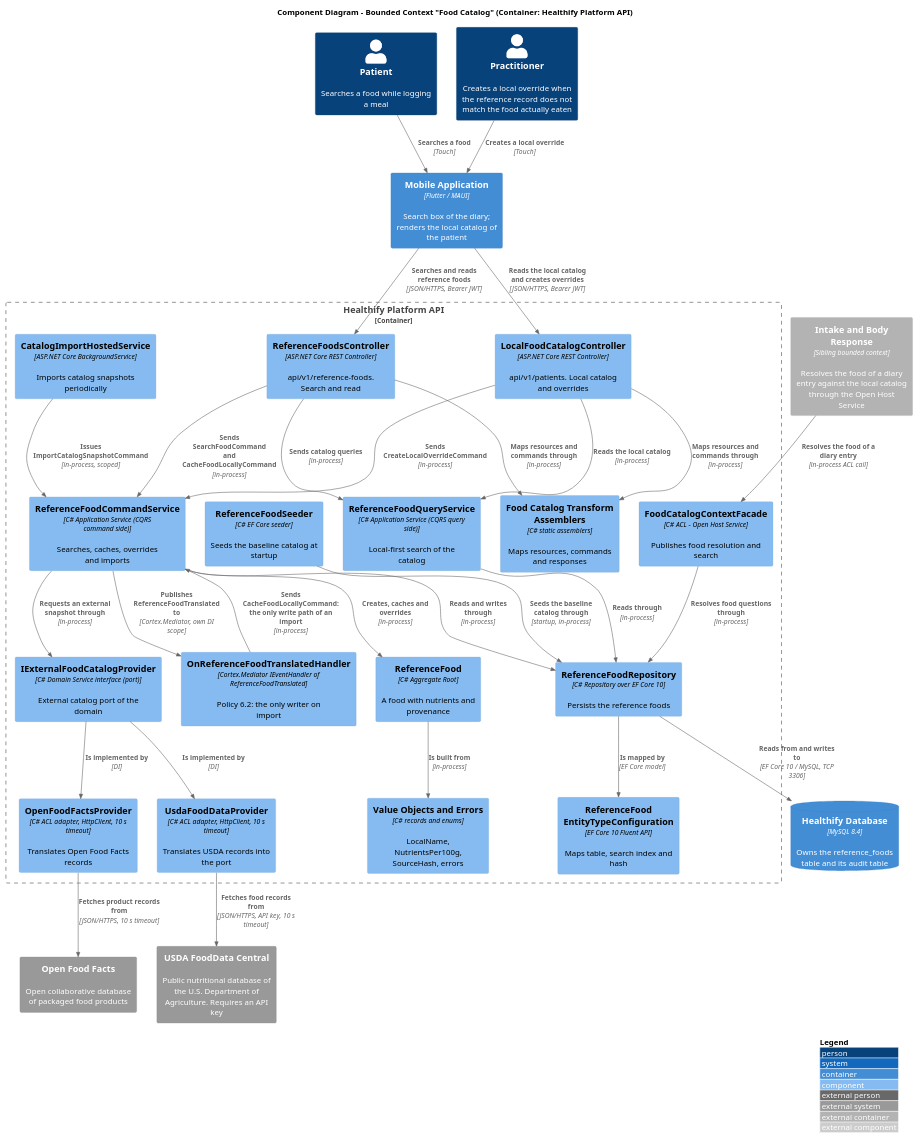
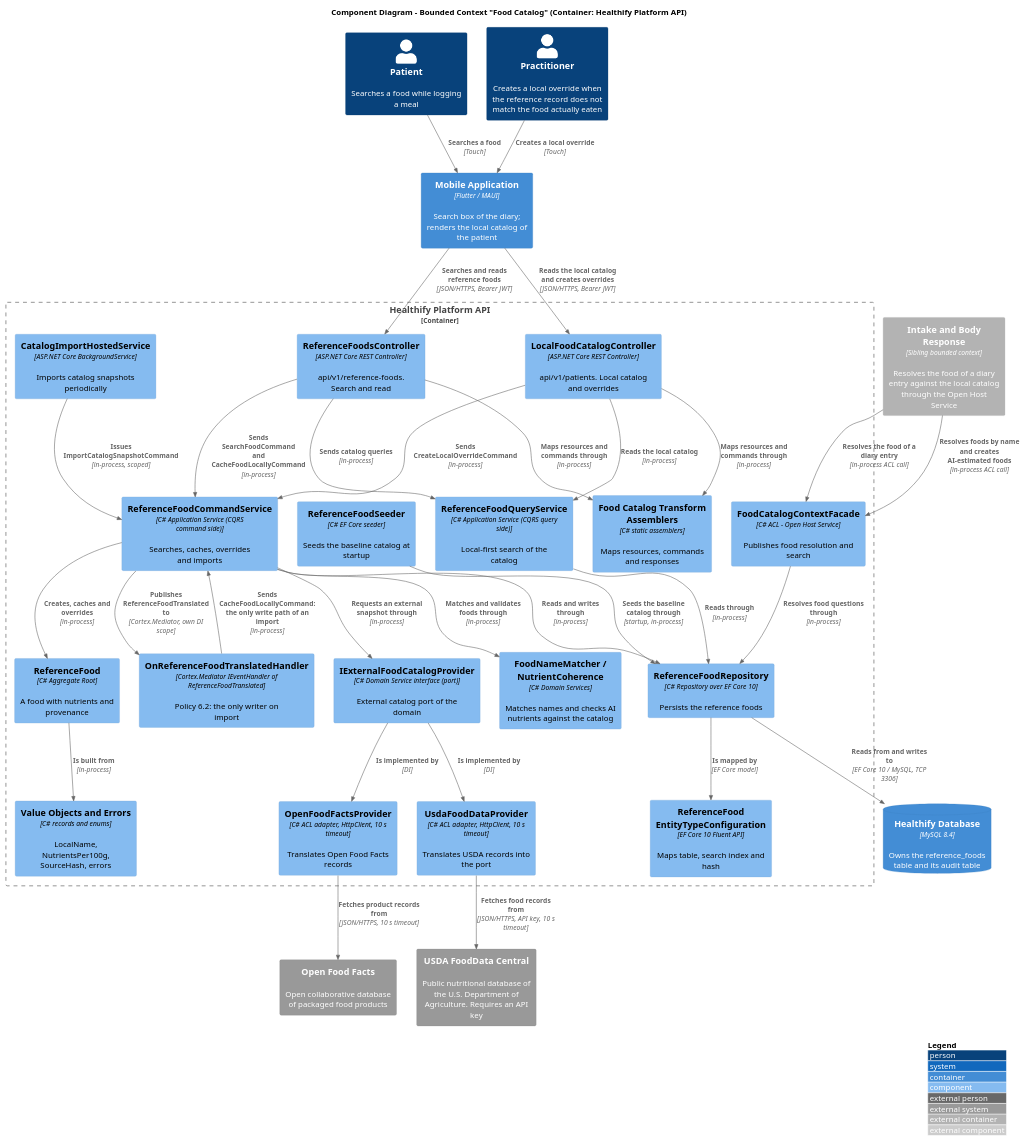
The diagram in docs/c4-diagrams/food-catalog.puml (upc-pre-202620-1acc0238-13981-nutrisync/healthify-report), drawn with PlantUML before and after one commit. The commit also changed 1 other file, not shown here.

Commit message:
refactor(diagrams): update C4 component diagrams for generic contexts

```diff
--- a/docs/c4-diagrams/food-catalog.puml
+++ b/docs/c4-diagrams/food-catalog.puml
@@ -1,77 +1,82 @@
 @startuml FoodCatalog_Component_Diagram
 !include https://raw.githubusercontent.com/plantuml-stdlib/C4-PlantUML/master/C4_Component.puml
 
 LAYOUT_TOP_DOWN()
 LAYOUT_WITH_LEGEND()
 
 title Component Diagram - Bounded Context "Food Catalog" (Container: Healthify Platform API)
 
 Person(patient, "Patient", "Searches a food while logging a meal")
 Person(practitioner, "Practitioner", "Creates a local override when the reference record does not match the food actually eaten")
 
 Container(mobile, "Mobile Application", "Flutter / MAUI", "Search box of the diary; renders the local catalog of the patient")
 
 Container_Boundary(api, "Healthify Platform API") {
 
     Component(referenceFoodsController, "ReferenceFoodsController", "ASP.NET Core REST Controller", "api/v1/reference-foods. Search and read")
     Component(localCatalogController, "LocalFoodCatalogController", "ASP.NET Core REST Controller", "api/v1/patients. Local catalog and overrides")
     Component(fcAssemblers, "Food Catalog Transform Assemblers", "C# static assemblers", "Maps resources, commands and responses")
 
     Component(foodCmdService, "ReferenceFoodCommandService", "C# Application Service (CQRS command side)", "Searches, caches, overrides and imports")
     Component(foodQryService, "ReferenceFoodQueryService", "C# Application Service (CQRS query side)", "Local-first search of the catalog")
     Component(onTranslated, "OnReferenceFoodTranslatedHandler", "Cortex.Mediator IEventHandler of ReferenceFoodTranslated", "Policy 6.2: the only writer on import")
     Component(fcFacade, "FoodCatalogContextFacade", "C# ACL - Open Host Service", "Publishes food resolution and search")
 
     Component(foodAggregate, "ReferenceFood", "C# Aggregate Root", "A food with nutrients and provenance")
     Component(fcValueObjects, "Value Objects and Errors", "C# records and enums", "LocalName, NutrientsPer100g, SourceHash, errors")
     Component(providerPort, "IExternalFoodCatalogProvider", "C# Domain Service interface (port)", "External catalog port of the domain")
 
     Component(usdaProvider, "UsdaFoodDataProvider", "C# ACL adapter, HttpClient, 10 s timeout", "Translates USDA records into the port")
     Component(offProvider, "OpenFoodFactsProvider", "C# ACL adapter, HttpClient, 10 s timeout", "Translates Open Food Facts records")
     Component(fcRepo, "ReferenceFoodRepository", "C# Repository over EF Core 10", "Persists the reference foods")
     Component(fcEfcConfig, "ReferenceFood EntityTypeConfiguration", "EF Core 10 Fluent API", "Maps table, search index and hash")
     Component(fcSeeder, "ReferenceFoodSeeder", "C# EF Core seeder", "Seeds the baseline catalog at startup")
     Component(importHostedService, "CatalogImportHostedService", "ASP.NET Core BackgroundService", "Imports catalog snapshots periodically")
+
+    Component(foodMatcher, "FoodNameMatcher / NutrientCoherence", "C# Domain Services", "Matches names and checks AI nutrients against the catalog")
 }
 
 ContainerDb(db, "Healthify Database", "MySQL 8.4", "Owns the reference_foods table and its audit table")
 
 System_Ext(usda, "USDA FoodData Central", "Public nutritional database of the U.S. Department of Agriculture. Requires an API key")
 System_Ext(off, "Open Food Facts", "Open collaborative database of packaged food products")
 
 Container_Ext(intakeCtx, "Intake and Body Response", "Sibling bounded context", "Resolves the food of a diary entry against the local catalog through the Open Host Service")
 
 Rel(patient, mobile, "Searches a food", "Touch")
 Rel(practitioner, mobile, "Creates a local override", "Touch")
 Rel(mobile, referenceFoodsController, "Searches and reads reference foods", "JSON/HTTPS, Bearer JWT")
 Rel(mobile, localCatalogController, "Reads the local catalog and creates overrides", "JSON/HTTPS, Bearer JWT")
 
 Rel(referenceFoodsController, fcAssemblers, "Maps resources and commands through", "in-process")
 Rel(localCatalogController, fcAssemblers, "Maps resources and commands through", "in-process")
 Rel(referenceFoodsController, foodCmdService, "Sends SearchFoodCommand and CacheFoodLocallyCommand", "in-process")
 Rel(referenceFoodsController, foodQryService, "Sends catalog queries", "in-process")
 Rel(localCatalogController, foodCmdService, "Sends CreateLocalOverrideCommand", "in-process")
 Rel(localCatalogController, foodQryService, "Reads the local catalog", "in-process")
 
 Rel(foodCmdService, foodAggregate, "Creates, caches and overrides", "in-process")
 Rel(foodAggregate, fcValueObjects, "Is built from", "in-process")
 Rel(foodCmdService, providerPort, "Requests an external snapshot through", "in-process")
 Rel(providerPort, usdaProvider, "Is implemented by", "DI")
 Rel(providerPort, offProvider, "Is implemented by", "DI")
 Rel(usdaProvider, usda, "Fetches food records from", "JSON/HTTPS, API key, 10 s timeout")
 Rel(offProvider, off, "Fetches product records from", "JSON/HTTPS, 10 s timeout")
 
 Rel(importHostedService, foodCmdService, "Issues ImportCatalogSnapshotCommand", "in-process, scoped")
 Rel(foodCmdService, onTranslated, "Publishes ReferenceFoodTranslated to", "Cortex.Mediator, own DI scope")
 Rel(onTranslated, foodCmdService, "Sends CacheFoodLocallyCommand: the only write path of an import", "in-process")
 
 Rel(foodCmdService, fcRepo, "Reads and writes through", "in-process")
 Rel(foodQryService, fcRepo, "Reads through", "in-process")
 Rel(fcFacade, fcRepo, "Resolves food questions through", "in-process")
 Rel(fcSeeder, fcRepo, "Seeds the baseline catalog through", "startup, in-process")
 Rel(fcRepo, fcEfcConfig, "Is mapped by", "EF Core model")
 Rel(fcRepo, db, "Reads from and writes to", "EF Core 10 / MySQL, TCP 3306")
 
 Rel(intakeCtx, fcFacade, "Resolves the food of a diary entry", "in-process ACL call")
 
+Rel(foodCmdService, foodMatcher, "Matches and validates foods through", "in-process")
+Rel(intakeCtx, fcFacade, "Resolves foods by name and creates AI-estimated foods", "in-process ACL call")
+
 @enduml
```
